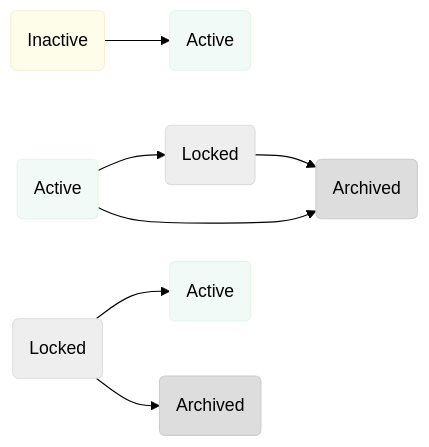
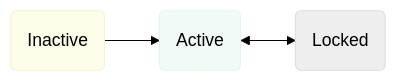
Before and after one commit to trophyso/docs: the diagram in platform/achievements.mdx, drawn with Mermaid (forest theme). The commit also changed other lines of this file and 4 other files, not shown here.

````diff
--- a/platform/achievements.mdx
+++ b/platform/achievements.mdx
@@ -215,26 +204,12 @@
 ```mermaid
 flowchart LR
     A@{ shape: rounded, label: "Inactive" }
     B@{ shape: rounded, label: "Active" }
-    C@{ shape: rounded, label: "Active" }
-    D@{ shape: rounded, label: "Locked" }
-    E@{ shape: rounded, label: "Archived" }
-    F@{ shape: rounded, label: "Locked" }
-    G@{ shape: rounded, label: "Active" }
-    H@{ shape: rounded, label: "Archived" }
+    C@{ shape: rounded, label: "Locked" }
     A-->B
-    C-->D
-    D-->E
-    C-->E
-    F-->G
-    F-->H
+    B<-->C
     style A fill:#FDFDEA,stroke:#F7F0D5
     style B fill:#F2FAF7,stroke:#E2F6E6
-    style C fill:#F2FAF7,stroke:#E2F6E6
-    style D fill:#eee,stroke:#ddd
-    style E fill:#ddd,stroke:#ccc
-    style F fill:#eee,stroke:#ddd
-    style G fill:#F2FAF7,stroke:#E2F6E6
-    style H fill:#ddd,stroke:#ccc
+    style C fill:#eee,stroke:#ddd
 
 ```
````
